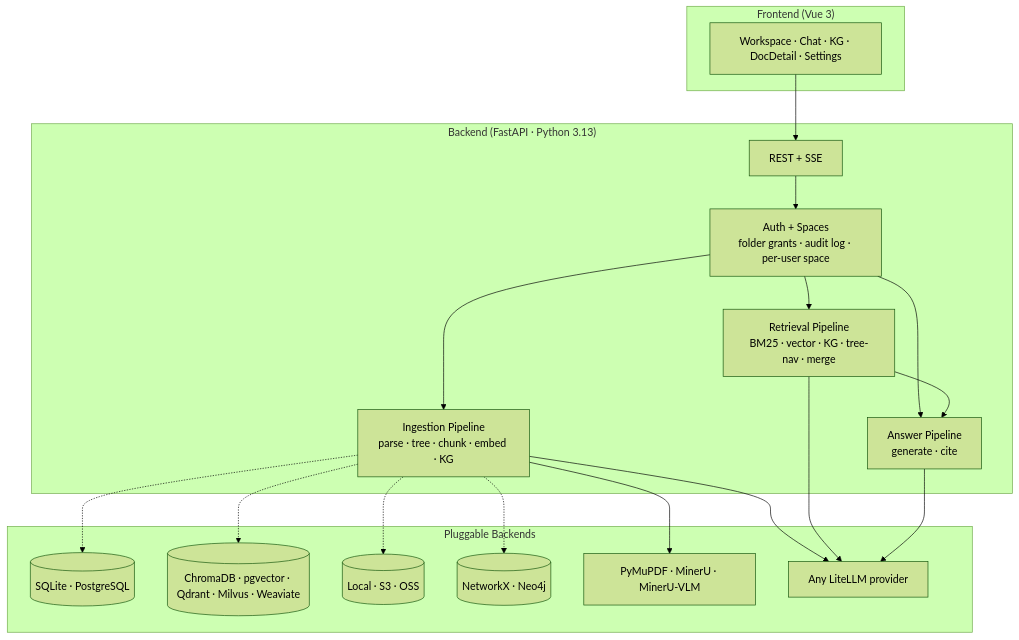
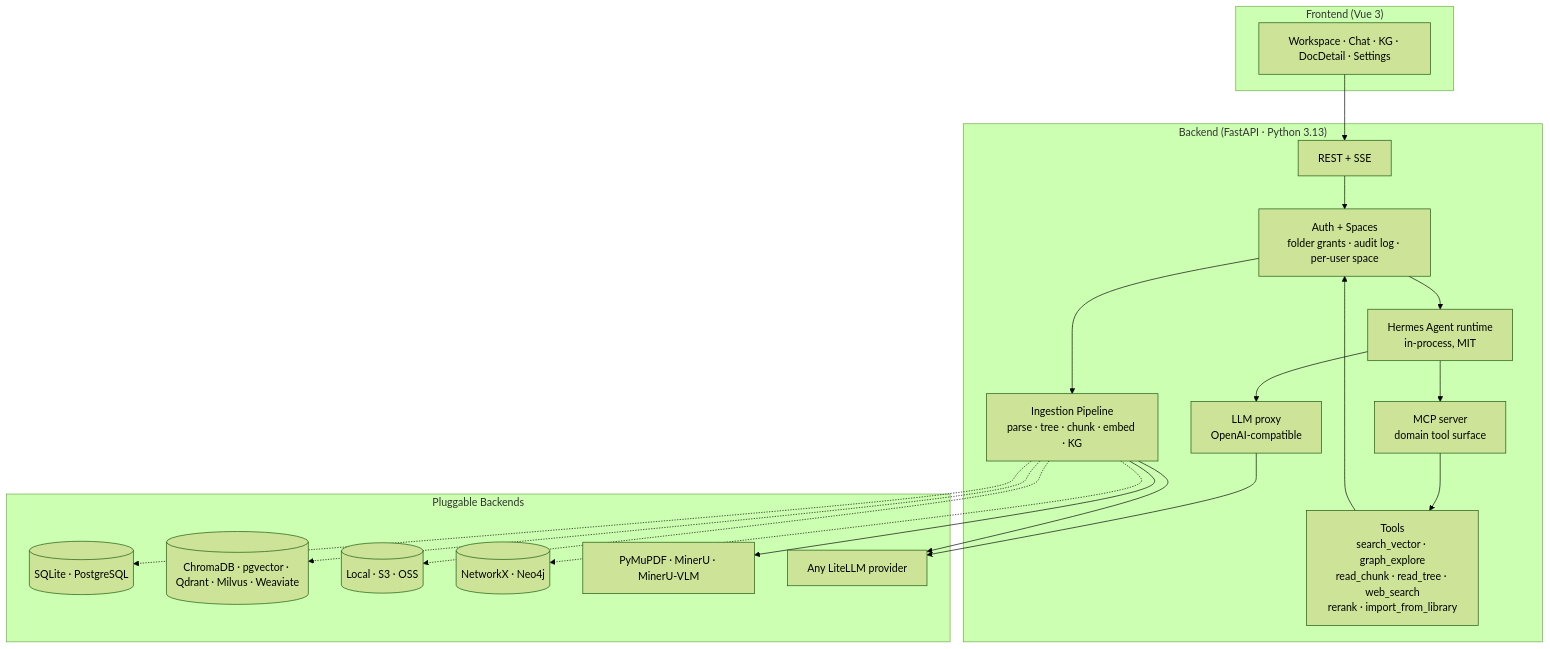
Before and after one commit to deeplethe/ForgeRAG: the second of 2 diagrams in README.md, drawn with Mermaid (forest theme). The commit also changed other lines of this file and 3 other files, not shown here.

````diff
--- a/README.md
+++ b/README.md
@@ -139,30 +176,35 @@
 ```mermaid
 flowchart TB
     subgraph "Frontend (Vue 3)"
         UI[Workspace · Chat · KG · DocDetail · Settings]
     end
     subgraph "Backend (FastAPI · Python 3.13)"
         API[REST + SSE]
+        AGENT[Hermes Agent runtime<br/>in-process, MIT]
+        MCP[MCP server<br/>domain tool surface]
+        LLMP[LLM proxy<br/>OpenAI-compatible]
         ING[Ingestion Pipeline<br/>parse · tree · chunk · embed · KG]
-        RET[Retrieval Pipeline<br/>BM25 · vector · KG · tree-nav · merge]
-        ANS[Answer Pipeline<br/>generate · cite]
+        TOOLS[Tools<br/>search_vector · graph_explore<br/>read_chunk · read_tree · web_search<br/>rerank · import_from_library]
         AUTH[Auth + Spaces<br/>folder grants · audit log · per-user space]
     end
     subgraph "Pluggable Backends"
         REL[(SQLite · PostgreSQL)]
         VEC[(ChromaDB · pgvector · Qdrant · Milvus · Weaviate)]
         BLOB[(Local · S3 · OSS)]
         KGS[(NetworkX · Neo4j)]
         PARSE[PyMuPDF · MinerU · MinerU-VLM]
         LLM[Any LiteLLM provider]
     end
     UI --> API
     API --> AUTH
-    AUTH --> ING & RET & ANS
-    RET --> ANS
+    AUTH --> AGENT
+    AUTH --> ING
+    AGENT --> MCP
+    AGENT --> LLMP
+    MCP --> TOOLS
+    TOOLS --> AUTH
+    LLMP --> LLM
     ING -.-> REL & VEC & BLOB & KGS
     ING --> PARSE
     ING --> LLM
-    RET --> LLM
-    ANS --> LLM
 ```
````
